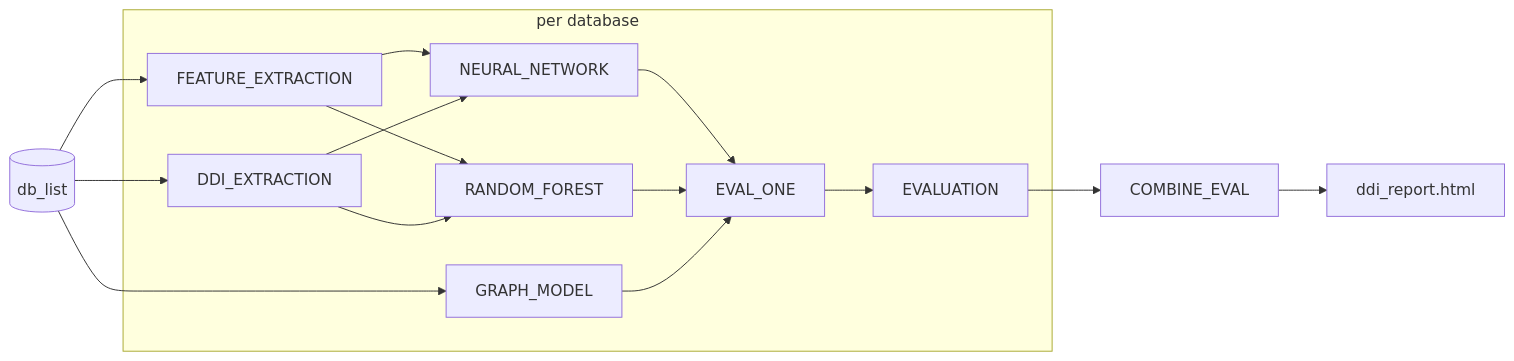
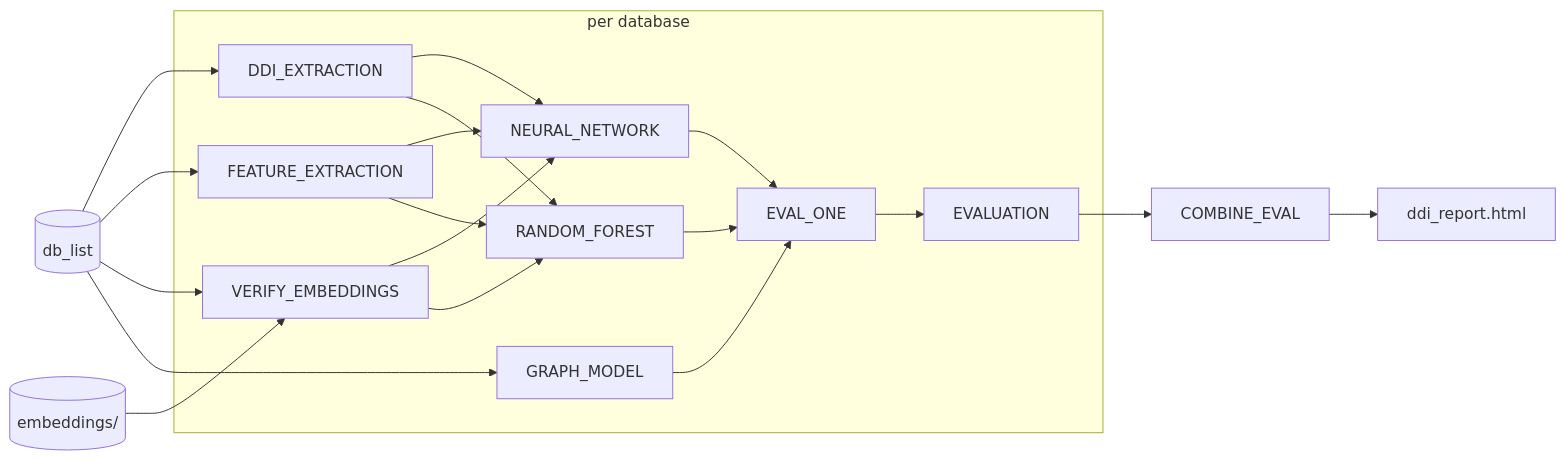
Before and after one commit to daisybio/domainbenchmark: the diagram in README.md, drawn with Mermaid. The commit also changed other lines of this file and 31 other files, not shown here.

````diff
--- a/README.md
+++ b/README.md
@@ -50,18 +50,21 @@
 ```mermaid
 flowchart LR
     subgraph "per database"
         ddi[DDI_EXTRACTION]
         feat[FEATURE_EXTRACTION]
+        ver[VERIFY_EMBEDDINGS]
         nn[NEURAL_NETWORK]
         rf[RANDOM_FOREST]
         gm[GRAPH_MODEL]
         eo[EVAL_ONE]
         ev[EVALUATION]
     end
     db[(db_list)] --> ddi
     db --> feat --> nn & rf
+    db --> ver --> nn & rf
+    emb[(embeddings/)] --> ver
     db --> gm
     ddi --> nn & rf
     nn & rf & gm --> eo --> ev
     ev --> agg[COMBINE_EVAL] --> report[ddi_report.html]
 ```
````
